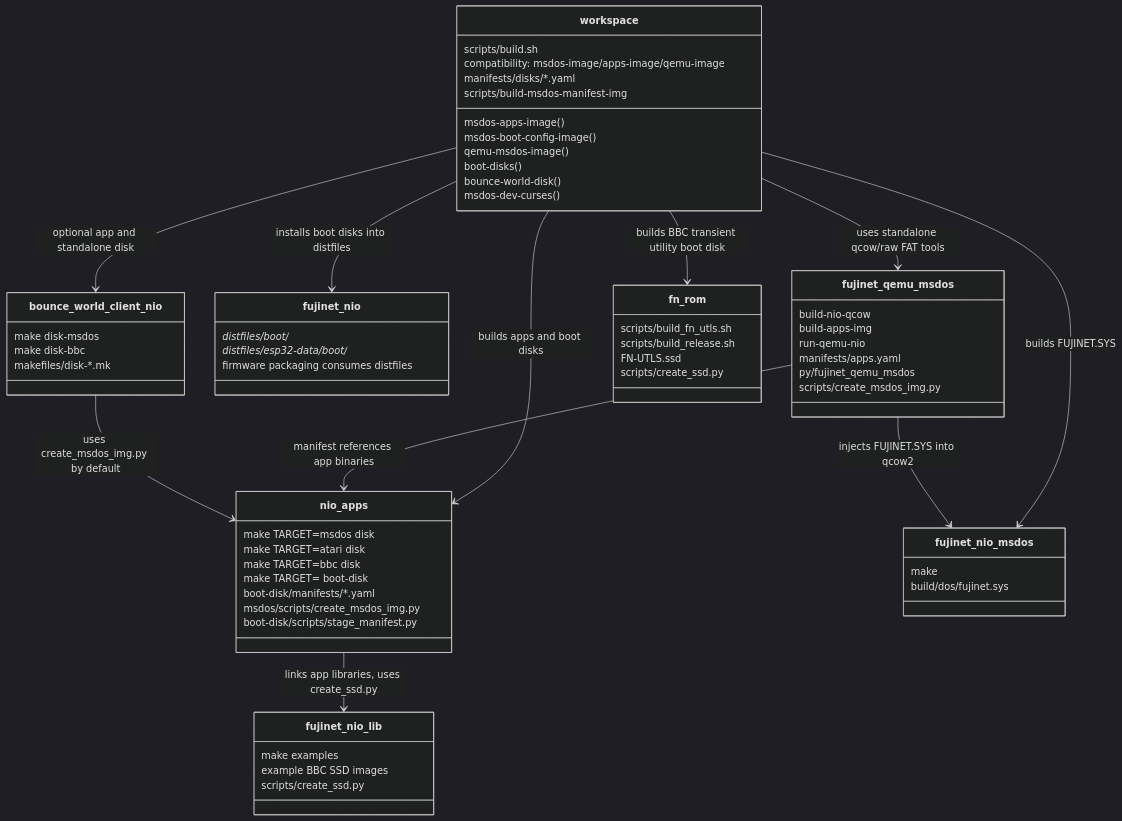
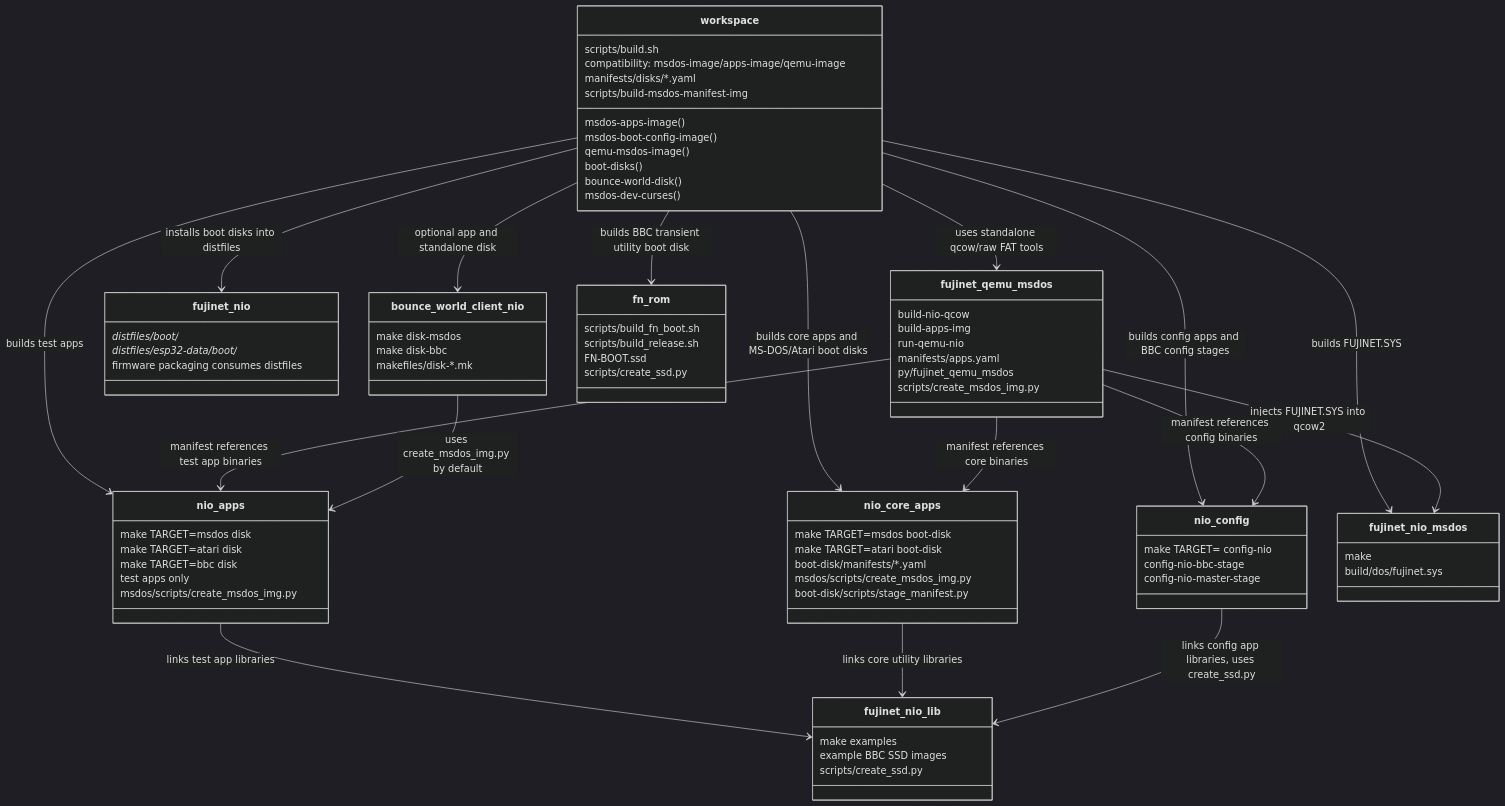
Before and after one commit to markjfisher/fujinet-nio-workspace: the diagram in docs/disk-image-builds.md, drawn with Mermaid (dark theme). The commit also changed other lines of this file and 13 other files, not shown here.

Commit message:
Updates for config/core-apps split from nio-apps and fn-boot for bbc changes

````diff
--- a/docs/disk-image-builds.md
+++ b/docs/disk-image-builds.md
@@ -25,10 +25,22 @@
       make TARGET=msdos disk
       make TARGET=atari disk
       make TARGET=bbc disk
-      make TARGET=<platform> boot-disk
+      test apps only
+      msdos/scripts/create_msdos_img.py
+    }
+
+    class nio_core_apps {
+      make TARGET=msdos boot-disk
+      make TARGET=atari boot-disk
       boot-disk/manifests/*.yaml
       msdos/scripts/create_msdos_img.py
       boot-disk/scripts/stage_manifest.py
+    }
+
+    class nio_config {
+      make TARGET=<platform> config-nio
+      config-nio-bbc-stage
+      config-nio-master-stage
     }
 
     class fujinet_qemu_msdos {
@@ -64,20 +76,26 @@
     }
 
     class fn_rom {
-      scripts/build_fn_utls.sh
+      scripts/build_fn_boot.sh
       scripts/build_release.sh
-      FN-UTLS.ssd
+      FN-BOOT.ssd
       scripts/create_ssd.py
     }
 
-    workspace --> nio_apps : builds apps and boot disks
+    workspace --> nio_apps : builds test apps
+    workspace --> nio_core_apps : builds core apps and MS-DOS/Atari boot disks
+    workspace --> nio_config : builds config apps and BBC config stages
     workspace --> fn_rom : builds BBC transient utility boot disk
     workspace --> fujinet_qemu_msdos : uses standalone qcow/raw FAT tools
     workspace --> fujinet_nio_msdos : builds FUJINET.SYS
     workspace --> fujinet_nio : installs boot disks into distfiles
     workspace --> bounce_world_client_nio : optional app and standalone disk
-    nio_apps --> fujinet_nio_lib : links app libraries, uses create_ssd.py
+    nio_apps --> fujinet_nio_lib : links test app libraries
+    nio_core_apps --> fujinet_nio_lib : links core utility libraries
+    nio_config --> fujinet_nio_lib : links config app libraries, uses create_ssd.py
     fujinet_qemu_msdos --> fujinet_nio_msdos : injects FUJINET.SYS into qcow2
-    fujinet_qemu_msdos --> nio_apps : manifest references app binaries
+    fujinet_qemu_msdos --> nio_apps : manifest references test app binaries
+    fujinet_qemu_msdos --> nio_core_apps : manifest references core binaries
+    fujinet_qemu_msdos --> nio_config : manifest references config binaries
     bounce_world_client_nio --> nio_apps : uses create_msdos_img.py by default
 ```
````
